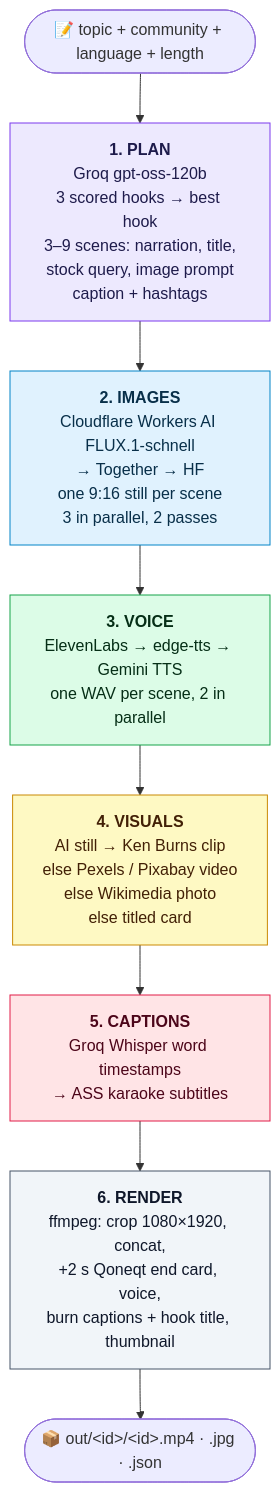
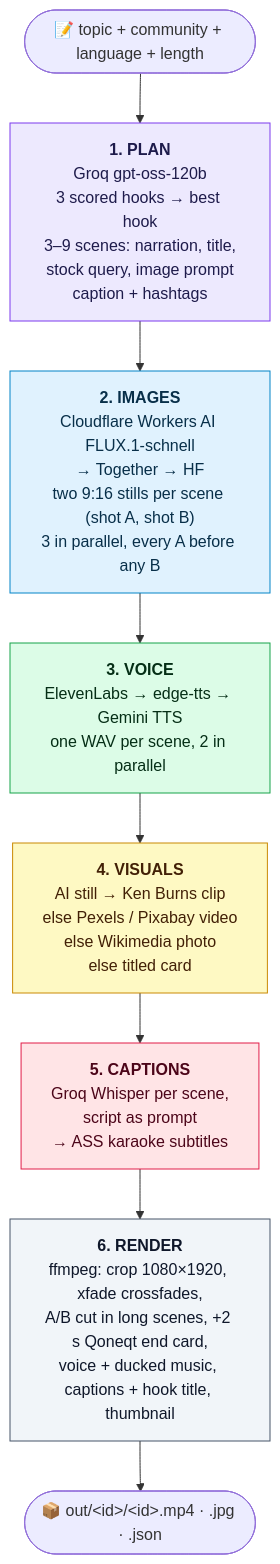
The second of 9 diagrams in README.md (darshit001/hackthn), drawn with Mermaid before and after one commit. The commit also changed other lines of this file, not shown here.

````diff
--- a/README.md
+++ b/README.md
@@ -118,19 +122,19 @@
 ```mermaid
 flowchart TD
     IN(["📝 topic + community + language + length"]) --> P
 
     P["<b>1. PLAN</b><br/>Groq gpt-oss-120b<br/>3 scored hooks → best hook<br/>3–9 scenes: narration, title,<br/>stock query, image prompt<br/>caption + hashtags"]
-    P --> I["<b>2. IMAGES</b><br/>Cloudflare Workers AI FLUX.1-schnell<br/>→ Together → HF<br/>one 9:16 still per scene<br/>3 in parallel, 2 passes"]
+    P --> I["<b>2. IMAGES</b><br/>Cloudflare Workers AI FLUX.1-schnell<br/>→ Together → HF<br/>two 9:16 stills per scene (shot A, shot B)<br/>3 in parallel, every A before any B"]
     I --> V["<b>3. VOICE</b><br/>ElevenLabs → edge-tts → Gemini TTS<br/>one WAV per scene, 2 in parallel"]
     V --> VI["<b>4. VISUALS</b><br/>AI still → Ken Burns clip<br/>else Pexels / Pixabay video<br/>else Wikimedia photo<br/>else titled card"]
-    VI --> C["<b>5. CAPTIONS</b><br/>Groq Whisper word timestamps<br/>→ ASS karaoke subtitles"]
-    C --> R["<b>6. RENDER</b><br/>ffmpeg: crop 1080×1920, concat,<br/>+2 s Qoneqt end card, voice,<br/>burn captions + hook title, thumbnail"]
+    VI --> C["<b>5. CAPTIONS</b><br/>Groq Whisper per scene,<br/>script as prompt<br/>→ ASS karaoke subtitles"]
+    C --> R["<b>6. RENDER</b><br/>ffmpeg: crop 1080×1920, xfade crossfades,<br/>A/B cut in long scenes, +2 s Qoneqt end card,<br/>voice + ducked music, captions + hook title, thumbnail"]
     R --> OUT(["📦 out/&lt;id&gt;/&lt;id&gt;.mp4 · .jpg · .json"])
 
     style P fill:#ede9fe,stroke:#7c3aed,color:#1e1b4b
     style I fill:#e0f2fe,stroke:#0284c7,color:#082f49
     style V fill:#dcfce7,stroke:#16a34a,color:#052e16
     style VI fill:#fef9c3,stroke:#ca8a04,color:#422006
     style C fill:#ffe4e6,stroke:#e11d48,color:#4c0519
     style R fill:#f1f5f9,stroke:#475569,color:#0f172a
 ```
````
